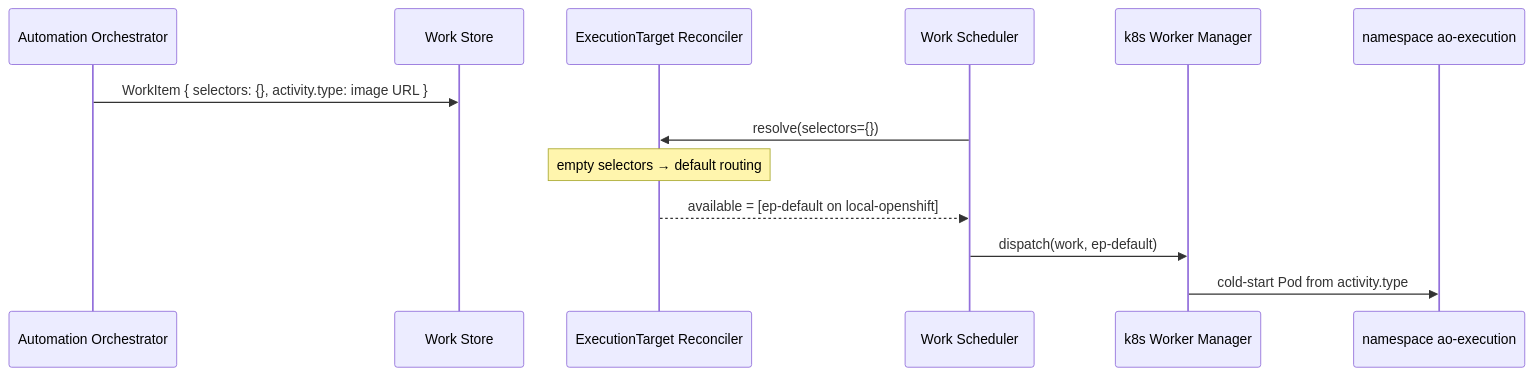
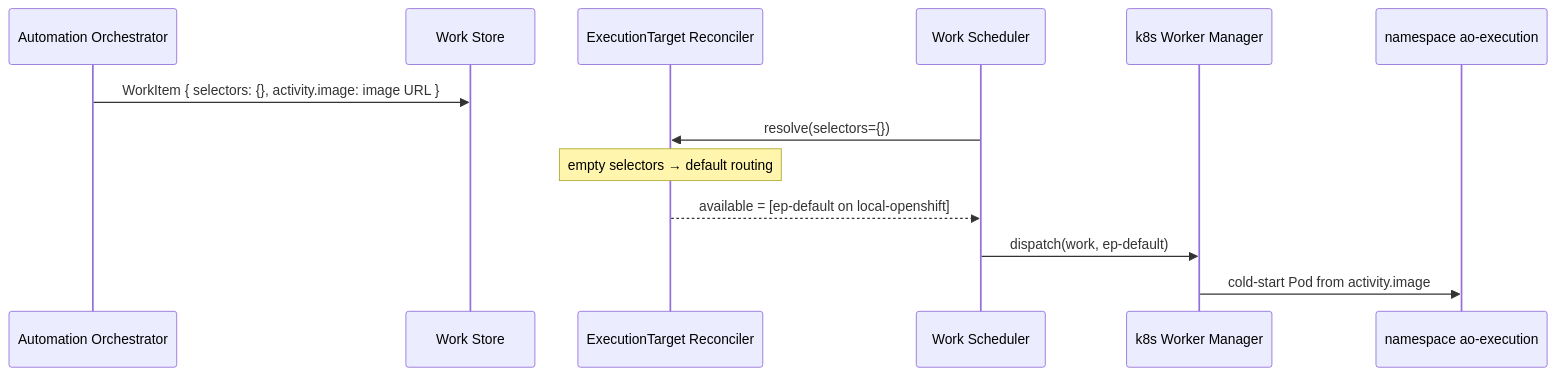
Before and after one commit to syntara-orchestration/syntara: the diagram in backend/docs/execution-plane/examples/00-one-workload-default-target.md, drawn with Mermaid. The commit also changed other lines of this file and 4 other files, not shown here.

First line of the commit message:
docs(AAP-92721): rename activity.type to activity.image

````diff
--- a/backend/docs/execution-plane/examples/00-one-workload-default-target.md
+++ b/backend/docs/execution-plane/examples/00-one-workload-default-target.md
@@ -128,16 +128,16 @@
 ```mermaid
 sequenceDiagram
     participant AO as Automation Orchestrator
     participant WS as Work Store
     participant ETR as ExecutionTarget Reconciler
     participant Sch as Work Scheduler
     participant WM as k8s Worker Manager
     participant NS as namespace ao-execution
 
-    AO->>WS: WorkItem { selectors: {}, activity.type: image URL }
+    AO->>WS: WorkItem { selectors: {}, activity.image: image URL }
     Sch->>ETR: resolve(selectors={})
     Note over ETR: empty selectors → default routing
     ETR-->>Sch: available = [ep-default on local-openshift]
     Sch->>WM: dispatch(work, ep-default)
-    WM->>NS: cold-start Pod from activity.type
+    WM->>NS: cold-start Pod from activity.image
 ```
````
